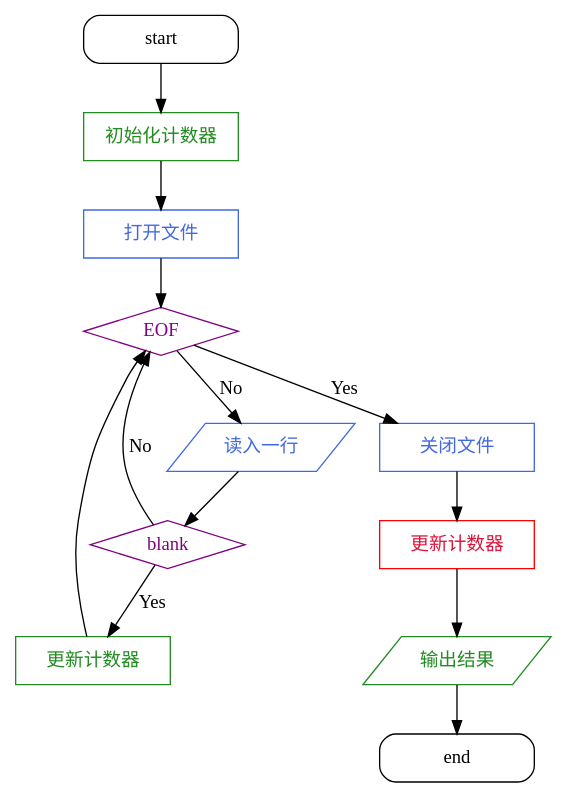
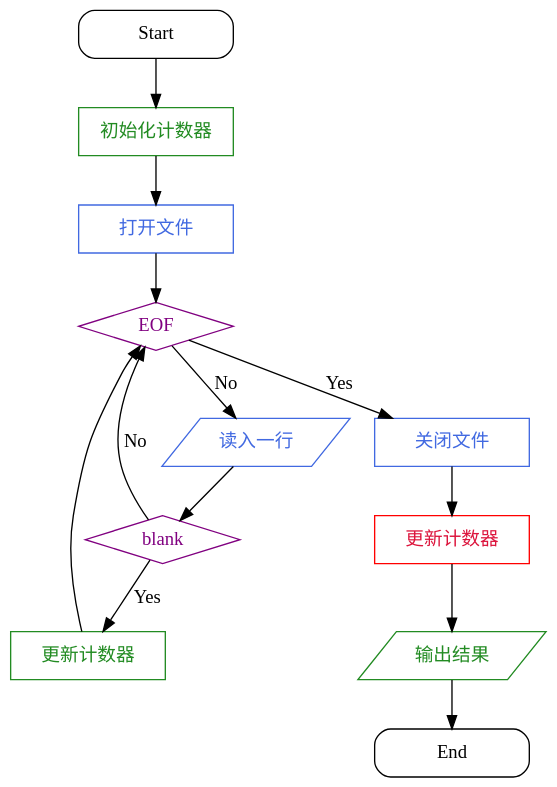
One commit to Gyoudmon/advent-of-code changed the diagram in village/dot/countoff.gv. Above: the diagram before and after it, drawn with Graphviz. The commit also changed 1 other file, not shown here.

Commit message:
work with graphviz to draw flowcharts

```diff
--- a/village/dot/countoff.gv
+++ b/village/dot/countoff.gv
@@ -1,33 +1,36 @@
 digraph CountOff {
+    # label = "Counting Off";
+    bgcolor = transparent;
+    
     node [shape = rect, width = 1.618];
     
     init_counter [ label = "初始化计数器", color = forestgreen, fontcolor = forestgreen ];
     update_counter [ label = "更新计数器", color = forestgreen, fontcolor = forestgreen ];
 
-    start, end [ shape = box, style = rounded];
+    Start, End [ shape = box, style = rounded];
     EOF, blank [ shape = diamond, color = purple, fontcolor = purple];
 
     open_file [ color = royalblue, fontcolor = royalblue, label = "打开文件" ];
     read_line [ color = royalblue, fontcolor = royalblue, shape = parallelogram, label = "读入一行" ];
     close_file [ color = royalblue, fontcolor = royalblue, label = "关闭文件" ];
 
     special [ color = red, fontcolor = crimson, label = "更新计数器" ];
     output [ shape = parallelogram, label = "输出结果", color = forestgreen, fontcolor = forestgreen ];
 
-    {    
-        start -> init_counter -> open_file -> EOF;
+    /* head */ {    
+        Start -> init_counter -> open_file -> EOF;
     }
 
-    {
+    /* body */ {
         EOF -> read_line [ label = "No" ];
         read_line -> blank;
         blank -> update_counter [ label = "Yes" ];
         update_counter -> EOF;
         blank -> EOF [ label = "No" ];
     }
 
-    {
+    /* tail */ {
         EOF -> close_file [ label = "Yes" ];
-        close_file -> special -> output -> end ;
+        close_file -> special -> output -> End ;
     }
 }
```
